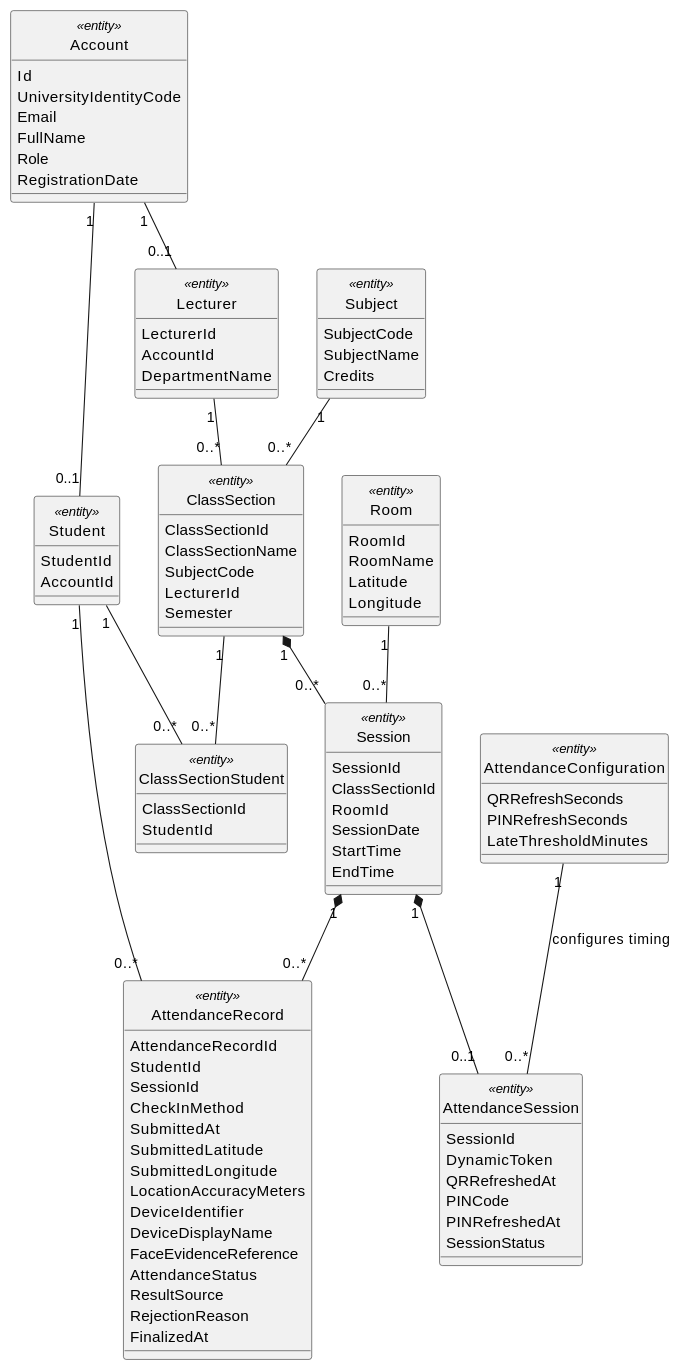
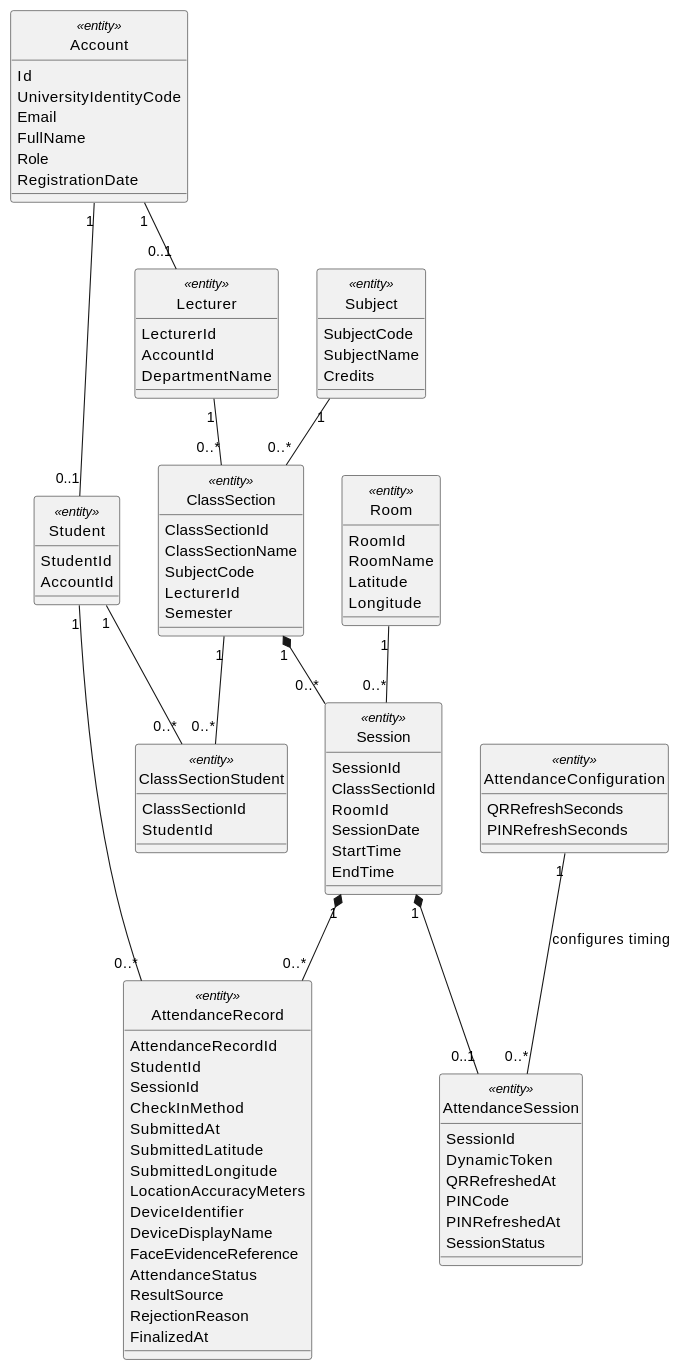
One commit to nttung42/SWD392 changed the first of 26 diagrams in docs/rds/2_Analysis.md. Above: the diagram before and after it, drawn with PlantUML. The commit also changed other lines of this file and 2 other files, not shown here.

```diff
--- a/docs/rds/2_Analysis.md
+++ b/docs/rds/2_Analysis.md
@@ -84,7 +84,6 @@
 class "AttendanceConfiguration" as AttendanceConfig <<entity>> {
   QRRefreshSeconds
   PINRefreshSeconds
-  LateThresholdMinutes
 }
 
 class "AttendanceRecord" as AttendanceRecord <<entity>> {
```
